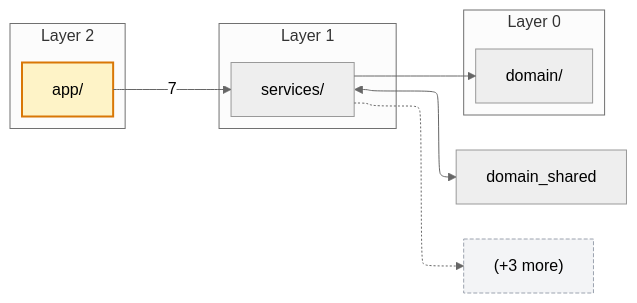
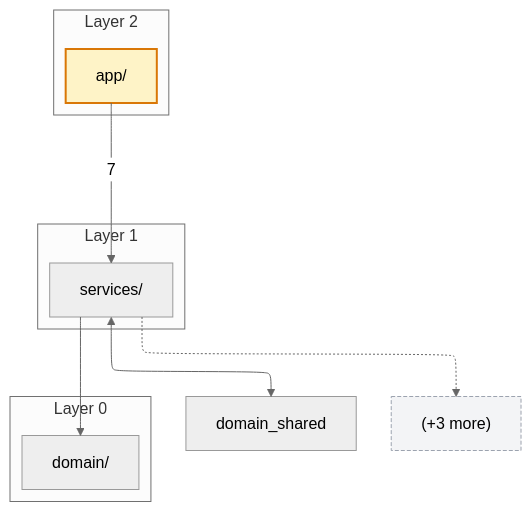
One commit to AcKeskin/contexture changed the first of 3 diagrams in skills/visualise-codemap/SKILL.md. Above: the diagram before and after it, drawn with Mermaid (neutral theme). The commit also changed other lines of this file and 133 other files, not shown here.

````diff
--- a/skills/visualise-codemap/SKILL.md
+++ b/skills/visualise-codemap/SKILL.md
@@ -108,22 +108,22 @@
 ```mermaid
 %%{init: {"flowchart": {"defaultRenderer": "elk"}}}%%
-graph LR
+graph TB
   classDef entry fill:#fef3c7,stroke:#d97706,stroke-width:2px
   classDef overflow fill:#f3f4f6,stroke:#9ca3af,stroke-dasharray: 4 2
 
   subgraph layer_0["Layer 0"]
     domain["domain/"]
   end
   subgraph layer_1["Layer 1"]
     services["services/"]
   end
   subgraph layer_2["Layer 2"]
     app["app/"]:::entry
   end
 
   app -->|7| services
   services --> domain
   services <--> domain_shared
   services_more["(+3 more)"]:::overflow
   services -.-> services_more
 ```
````
